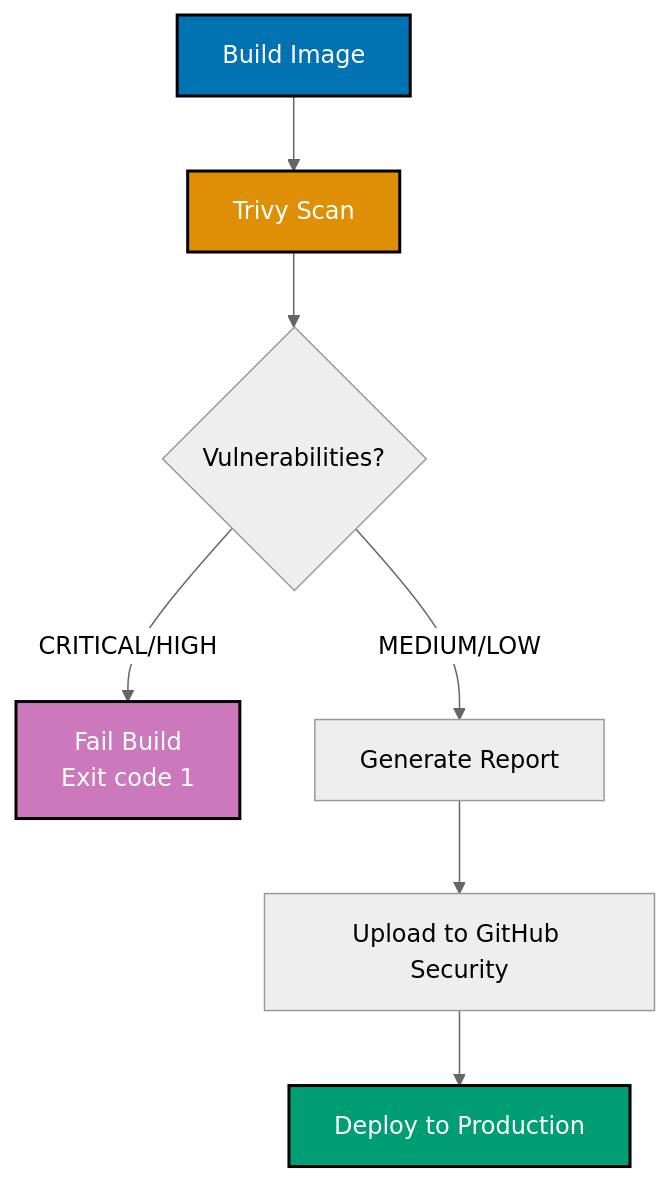
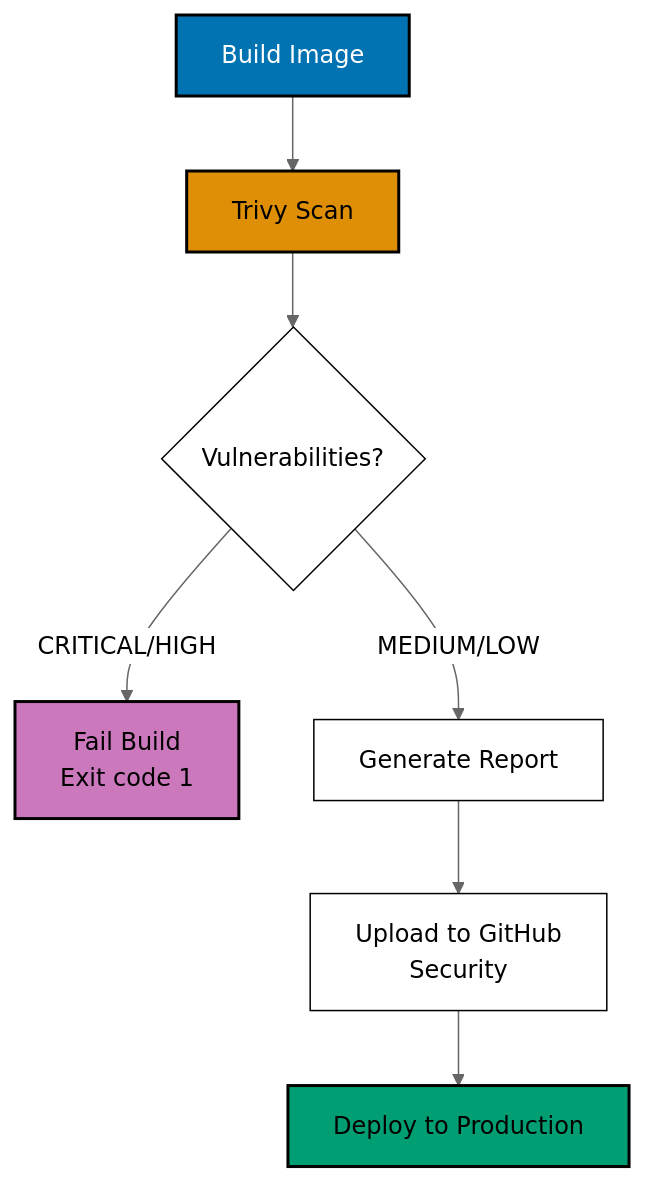
The fourth of 14 diagrams in apps/ayokoding-www/content/en/learn/legacy/software-engineering/infrastructure/tools/docker/by-example/advanced.md (wahidyankf/ose-public), drawn with Mermaid (neutral theme) before and after one commit. The commit also changed other lines of this file and 131 other files, not shown here.

First line of the commit message:
fix(mermaid): bring the legacy data, infrastructure, and testing diagrams onto the accessible palette

````diff
--- a/apps/ayokoding-www/content/en/learn/legacy/software-engineering/infrastructure/tools/docker/by-example/advanced.md
+++ b/apps/ayokoding-www/content/en/learn/legacy/software-engineering/infrastructure/tools/docker/by-example/advanced.md
@@ -846,16 +864,23 @@
 ```mermaid
 %% Color Palette: Blue #0173B2, Orange #DE8F05, Teal #029E73, Purple #CC78BC, Brown #CA9161
 %% Image scanning flow
 graph TD
+ accTitle: Example 60: Image Scanning for Vulnerabilities
+ accDescr: Graph with 7 nodes and 6 connections. Nodes: Build Image, Trivy Scan, Vulnerabilities?, Fail Build Exit code 1, Generate Report, Upload to GitHub Security, Deploy to Production. Connections: Build Image to Trivy Scan, Trivy Scan to Vulnerabilities?, Vulnerabilities? to Fail Build Exit code 1 (CRITICAL/HIGH), Vulnerabilities? to Generate Report (MEDIUM/LOW), Generate Report to Upload to GitHub Security, Upload to GitHub Security to Deploy to Production.
  A["Build Image"] --> B["Trivy Scan"]
  B --> C{Vulnerabilities?}
  C -->|CRITICAL/HIGH| D["Fail Build<br/>Exit code 1"]
  C -->|MEDIUM/LOW| E["Generate Report"]
- E --> F["Upload to GitHub Security"]
+ E --> F["Upload to GitHub<br/>Security"]
  F --> G["Deploy to Production"]
 
- style A fill:#0173B2,stroke:#000000,stroke-width:2px,color:#fff
- style B fill:#DE8F05,stroke:#000000,stroke-width:2px,color:#fff
- style D fill:#CC78BC,stroke:#000000,stroke-width:2px,color:#fff
- style G fill:#029E73,stroke:#000000,stroke-width:2px,color:#fff
+ classDef pal-0173B2 fill:#0173B2,stroke:#000000,color:#FFFFFF,stroke-width:2px
+ class A pal-0173B2
+ classDef pal-DE8F05 fill:#DE8F05,stroke:#000000,color:#000000,stroke-width:2px
+ class B pal-DE8F05
+ classDef pal-CC78BC fill:#CC78BC,stroke:#000000,color:#000000,stroke-width:2px
+ class D pal-CC78BC
+ classDef pal-029E73 fill:#029E73,stroke:#000000,color:#000000,stroke-width:2px
+ class G pal-029E73
+ classDef default fill:#FFFFFF,stroke:#000000,color:#000000
 ```
````
